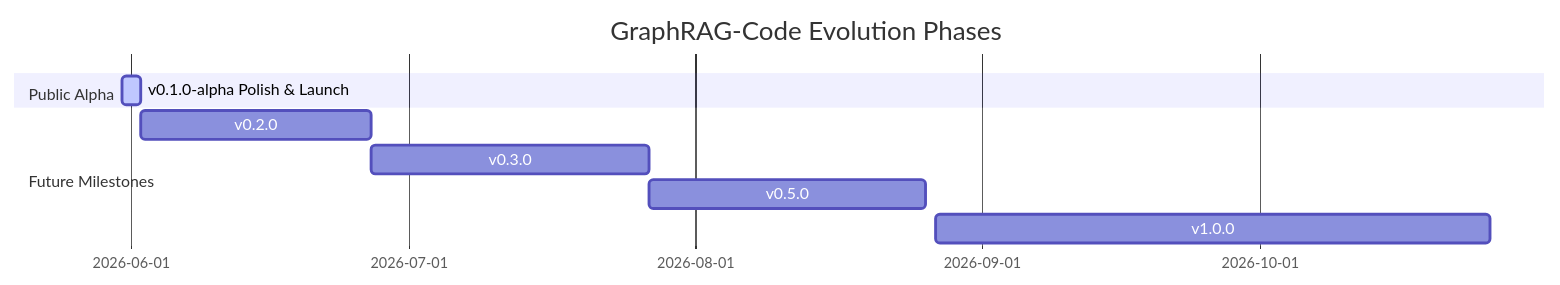
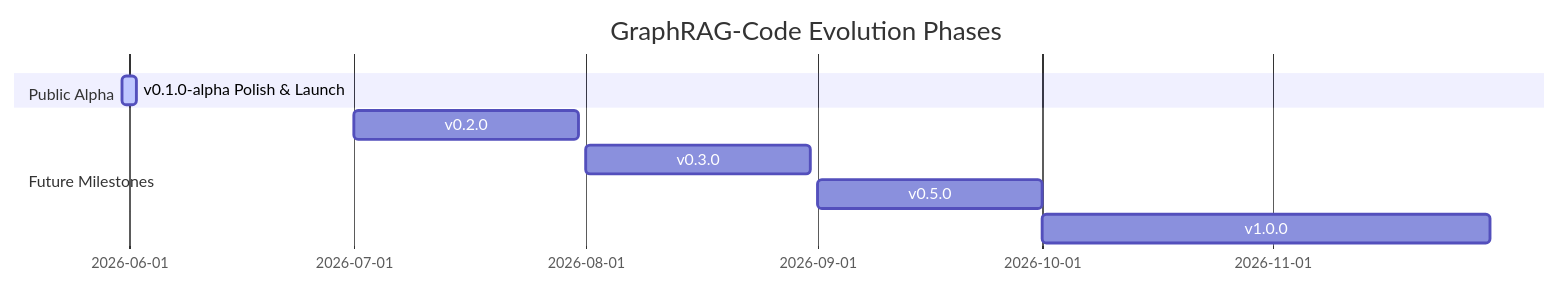
One commit to bydecom/graphrag-code changed the diagram in docs/ROADMAP.md. Above: the diagram before and after it, drawn with Mermaid. The commit also changed other lines of this file and 3 other files, not shown here.

Commit message:
chore: final pre-publish polish (LICENSE, export CLI, timeline, benchmark fix)

````diff
--- a/docs/ROADMAP.md
+++ b/docs/ROADMAP.md
@@ -9,12 +9,12 @@
 ```mermaid
 gantt
     title GraphRAG-Code Evolution Phases
     dateFormat  YYYY-MM-DD
     section Public Alpha
     v0.1.0-alpha Polish & Launch :active, 2026-05-31, 2d
     section Future Milestones
-    v0.2.0: Usable Multi-Language OSS : 2026-06-02, 25d
-    v0.3.0: Academic Ablation & Paper Draft : 2026-06-27, 30d
-    v0.5.0: Production Packaging & Watch Mode : 2026-07-27, 30d
-    v1.0.0: Enterprise & Intent Routing : 2026-08-27, 60d
+    v0.2.0: Usable Multi-Language OSS : 2026-07-01, 30d
+    v0.3.0: Academic Ablation & Paper Draft : 2026-08-01, 30d
+    v0.5.0: Production Packaging & Watch Mode : 2026-09-01, 30d
+    v1.0.0: Enterprise & Intent Routing : 2026-10-01, 60d
 ```
````
